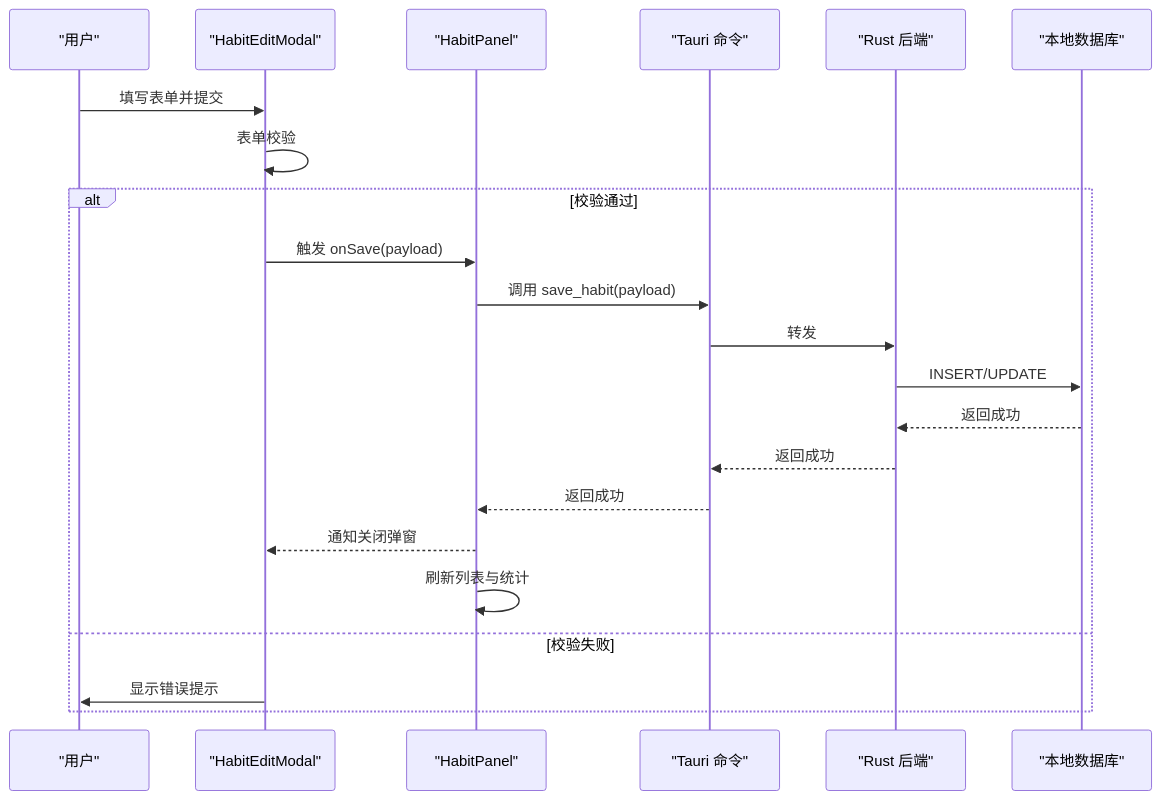
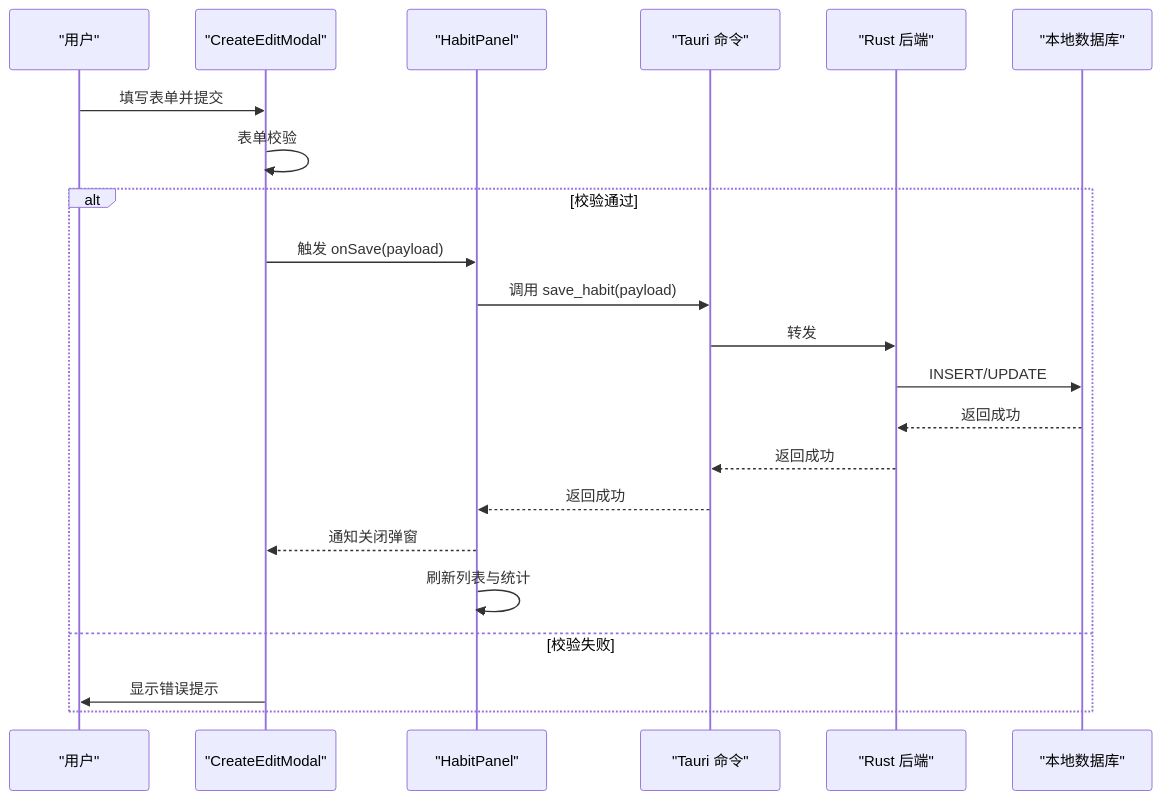
The fifth of 8 diagrams in .qoder/repowiki/zh/content/核心功能模块/习惯追踪系统.md (gzdxhujiale/FishWorker), drawn with Mermaid before and after one commit. The commit also changed other lines of this file and 19 other files, not shown here.

````diff
--- a/.qoder/repowiki/zh/content/核心功能模块/习惯追踪系统.md
+++ b/.qoder/repowiki/zh/content/核心功能模块/习惯追踪系统.md
@@ -257,24 +239,24 @@
 ```mermaid
 sequenceDiagram
 participant U as "用户"
-participant EM as "HabitEditModal"
+participant CEM as "CreateEditModal"
 participant HP as "HabitPanel"
 participant CMD as "Tauri 命令"
 participant RS as "Rust 后端"
 participant DB as "本地数据库"
-U->>EM : 填写表单并提交
-EM->>EM : 表单校验
+U->>CEM : 填写表单并提交
+CEM->>CEM : 表单校验
 alt 校验通过
-EM->>HP : 触发 onSave(payload)
+CEM->>HP : 触发 onSave(payload)
 HP->>CMD : 调用 save_habit(payload)
 CMD->>RS : 转发
 RS->>DB : INSERT/UPDATE
 DB-->>RS : 返回成功
 RS-->>CMD : 返回成功
 CMD-->>HP : 返回成功
-HP-->>EM : 通知关闭弹窗
+HP-->>CEM : 通知关闭弹窗
 HP->>HP : 刷新列表与统计
 else 校验失败
-EM->>U : 显示错误提示
+CEM->>U : 显示错误提示
 end
 ```
````
